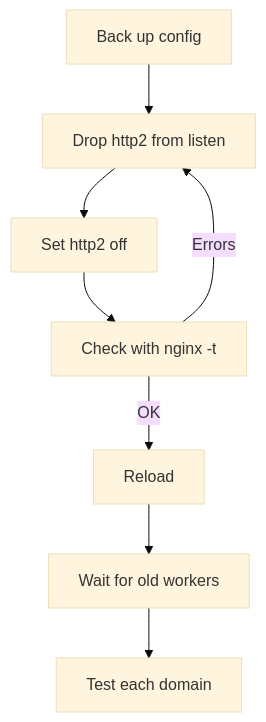
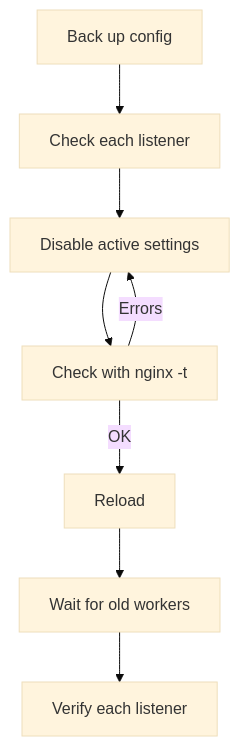
Before and after one commit to justmaocom/justmaocom.github.io: the second of 2 diagrams in _posts/en/2026-11-23-nginx-http2-cve-2026-123007.md, drawn with Mermaid (base theme). The commit also changed other lines of this file and 2 other files, not shown here.

Commit message:
docs(posts): 改善 nginx HTTP/2 漏洞文章的敘述與銜接

````diff
--- a/_posts/en/2026-11-23-nginx-http2-cve-2026-123007.md
+++ b/_posts/en/2026-11-23-nginx-http2-cve-2026-123007.md
@@ -242,10 +257,10 @@
 ```mermaid
 flowchart TD
-  A[Back up config] --> B["Drop http2 from listen"]
-  B --> C["Set http2 off"]
+  A[Back up config] --> B[Check each listener]
+  B --> C[Disable active settings]
   C --> D["Check with nginx -t"]
-  D -->|Errors| B
+  D -->|Errors| C
   D -->|OK| E[Reload]
   E --> F[Wait for old workers]
-  F --> G[Test each domain]
+  F --> G[Verify each listener]
 ```
````
